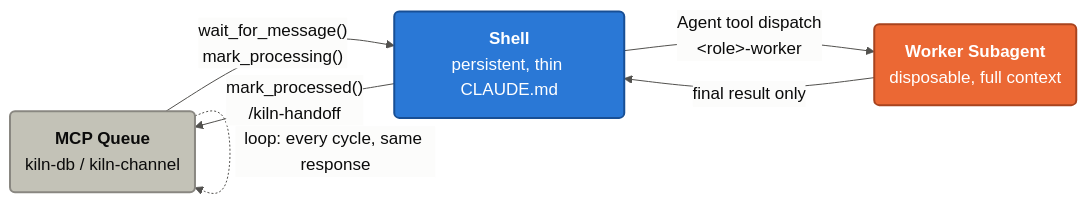
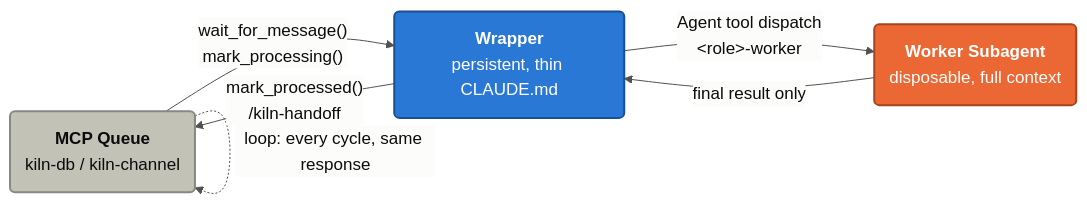
One commit to nsd0okernicke/kiln changed the diagram in docs/diagrams/wrapper-worker.mmd. Above: the diagram before and after it, drawn with Mermaid. The commit also changed 37 other files, not shown here.

```diff
--- a/docs/diagrams/wrapper-worker.mmd
+++ b/docs/diagrams/wrapper-worker.mmd
@@ -1,31 +1,31 @@
 %%{init: {
   "theme": "base",
   "themeVariables": {
     "fontFamily": "Segoe UI, system-ui, sans-serif",
     "fontSize": "17px",
     "primaryColor": "#2a78d6",
     "primaryTextColor": "#0b0b0b",
     "primaryBorderColor": "#184f95",
     "lineColor": "#52514e",
     "textColor": "#0b0b0b",
     "edgeLabelBackground": "#fcfcfb"
   }
 }}%%
 flowchart LR
     Q("<b>MCP Queue</b><br/>kiln-db / kiln-channel")
-    S("<b>Shell</b><br/>persistent, thin CLAUDE.md")
+    S("<b>Wrapper</b><br/>persistent, thin CLAUDE.md")
     W("<b>Worker Subagent</b><br/>disposable, full context")
 
     Q -->|"wait_for_message()<br/>mark_processing()"| S
     S -->|"Agent tool dispatch<br/>&lt;role&gt;-worker"| W
     W -->|"final result only"| S
     S -->|"mark_processed()<br/>/kiln-handoff"| Q
     Q -.->|"loop: every cycle, same response"| Q
 
     classDef queue fill:#c3c2b7,color:#0b0b0b,stroke:#898781,stroke-width:2px
-    classDef shell fill:#2a78d6,color:#ffffff,stroke:#184f95,stroke-width:2px
+    classDef wrapper fill:#2a78d6,color:#ffffff,stroke:#184f95,stroke-width:2px
     classDef worker fill:#eb6834,color:#ffffff,stroke:#a8431e,stroke-width:2px
 
     class Q queue
-    class S shell
+    class S wrapper
     class W worker
```
